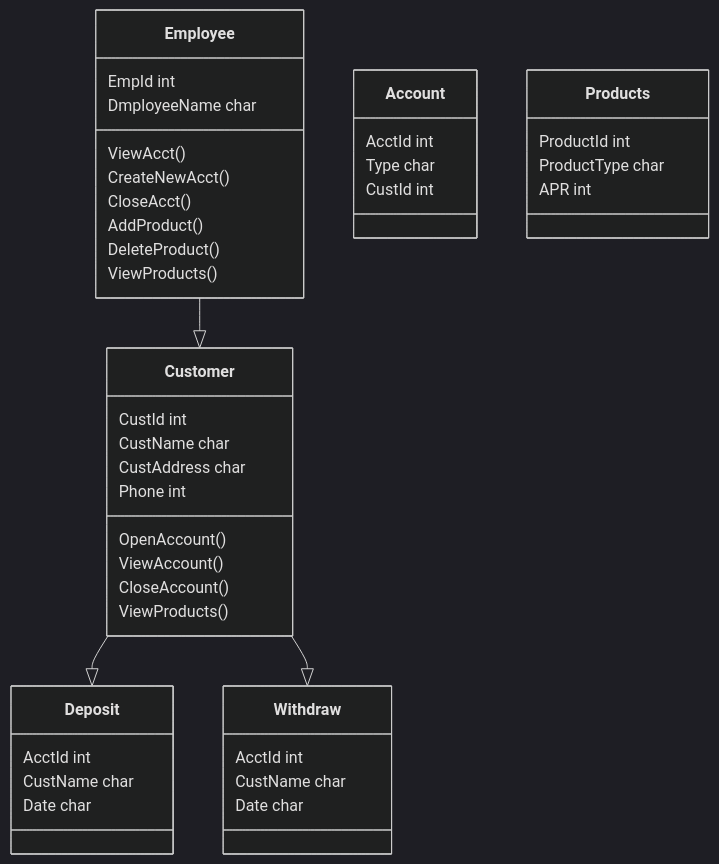
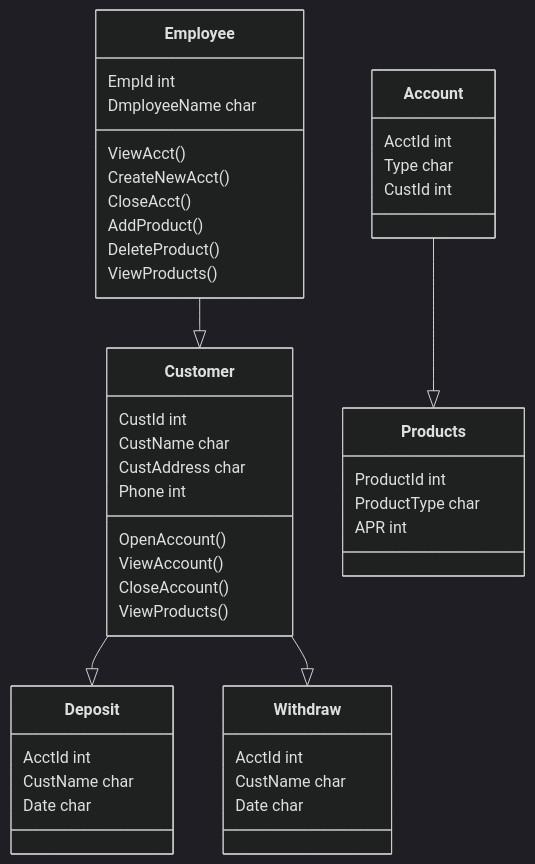
Before and after one commit to Marcus-Snell/Test: the diagram in mermaid.md, drawn with Mermaid (dark theme).

````diff
--- a/mermaid.md
+++ b/mermaid.md
@@ -1,43 +1,43 @@
 ```mermaid
 classDiagram
 Employee --|> Customer
 Employee : EmpId int
 Employee : DmployeeName char
 Employee : ViewAcct()
 Employee : CreateNewAcct()
 Employee : CloseAcct()
 Employee : AddProduct()
 Employee : DeleteProduct()
 Employee : ViewProducts()
 
 Customer --|> Deposit
 Customer --|> Withdraw
 Customer : CustId int
 Customer : CustName char
 Customer : CustAddress char
 Customer : Phone int
 Customer : OpenAccount()
 Customer : ViewAccount()
 Customer : CloseAccount()
 Customer : ViewProducts()
 
-Account
+Account --|> Products
 Account : AcctId int
 Account : Type char
 Account : CustId int
 
 Deposit
 Deposit : AcctId int
 Deposit : CustName char
 Deposit : Date char
 
 Withdraw
 Withdraw : AcctId int
 Withdraw : CustName char
 Withdraw : Date char
 
 Products
 Products : ProductId int
 Products : ProductType char
 Products : APR int
 ```
````
